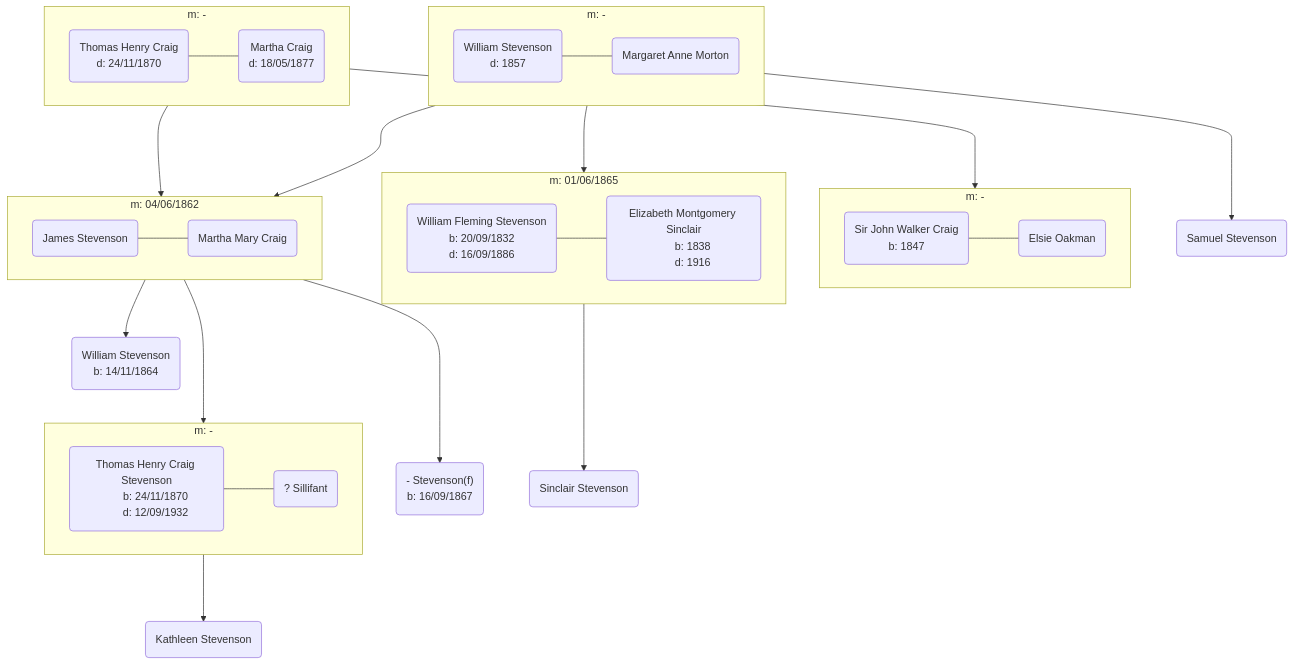
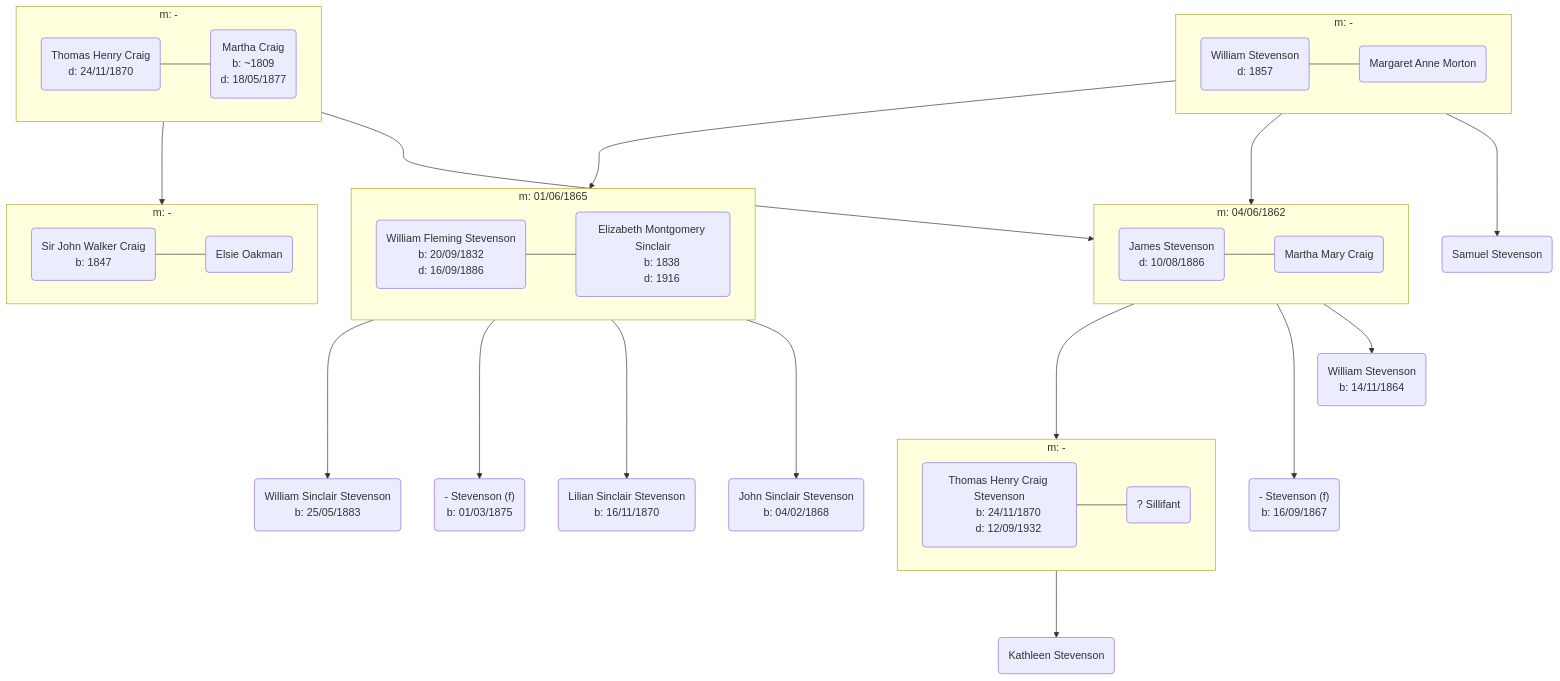
Before and after one commit to a1ecbr0wn/ancestry: the diagram in Kathleen-Stevenson/kathleen-stevenson.md, drawn with Mermaid. The commit also changed other lines of this file and 4 other files, not shown here.

```diff
--- a/Kathleen-Stevenson/kathleen-stevenson.md
+++ b/Kathleen-Stevenson/kathleen-stevenson.md
@@ -11,26 +11,10 @@
         direction LR
         ws1 ---mam
     end
-    thc("Thomas Henry Craig
-      d: 24/11/1870")
-    mc("Martha Craig
-      d: 18/05/1877")
-    subgraph thcmc["m: -"]
-        direction LR
-        thc ---mc
-    end
-    jwc("Sir John Walker Craig
-      b: 1847")
-    thcmc --->jwc
-    eo("Elsie Oakman")
-    subgraph jwceo["m: -"]
-        direction LR
-        jwc ---eo
-    end
-    mmc("Martha Mary Craig")    
-    thcmc --->mmc
+    
     ss("Samuel Stevenson")
     ws1mam --->ss
+
     wfs("William Fleming Stevenson
       b: 20/09/1832
       d: 16/09/1886")
@@ -42,20 +26,54 @@
         direction LR
         wfs ---ems
     end
-    js("James Stevenson")
+    jss("John Sinclair Stevenson
+      b: 04/02/1868")
+    wfsem --->jss
+    lss("Lilian Sinclair Stevenson
+      b: 16/11/1870")
+    wfsem --->lss
+    uss("- Stevenson (f)
+      b: 01/03/1875")
+    wfsem --->uss
+    wss("William Sinclair Stevenson
+      b: 25/05/1883")
+    wfsem --->wss
+
+    thc("Thomas Henry Craig
+      d: 24/11/1870")
+    mc("Martha Craig
+      b: ~1809
+      d: 18/05/1877")
+    subgraph thcmc["m: -"]
+        direction LR
+        thc ---mc
+    end
+
+    mmc("Martha Mary Craig")    
+    thcmc --->mmc
+    jwc("Sir John Walker Craig
+      b: 1847")
+    thcmc --->jwc
+    eo("Elsie Oakman")
+    subgraph jwceo["m: -"]
+        direction LR
+        jwc ---eo
+    end
+
+    js("James Stevenson
+      d: 10/08/1886")
     ws1mam --->js
     subgraph jsmc["m: 04/06/1862"]
         direction LR
         js ---mmc
     end
+
     ws3("William Stevenson
       b: 14/11/1864")
     jsmc -->ws3
-    fs("- Stevenson(f)
+    fs("- Stevenson (f)
       b: 16/09/1867")
     jsmc --->fs
-    sis("Sinclair Stevenson")
-    wfsem --->sis
     thcs("Thomas Henry Craig Stevenson
       b: 24/11/1870
       d: 12/09/1932")
```
